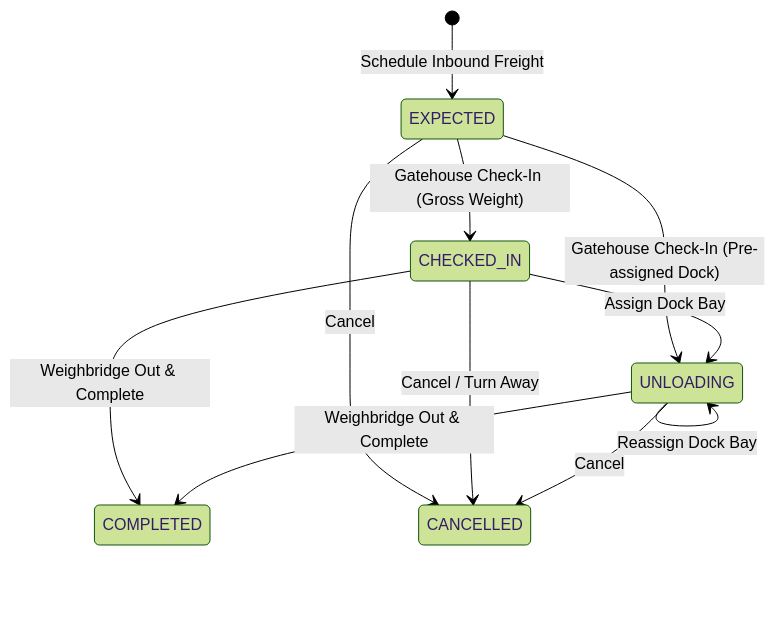
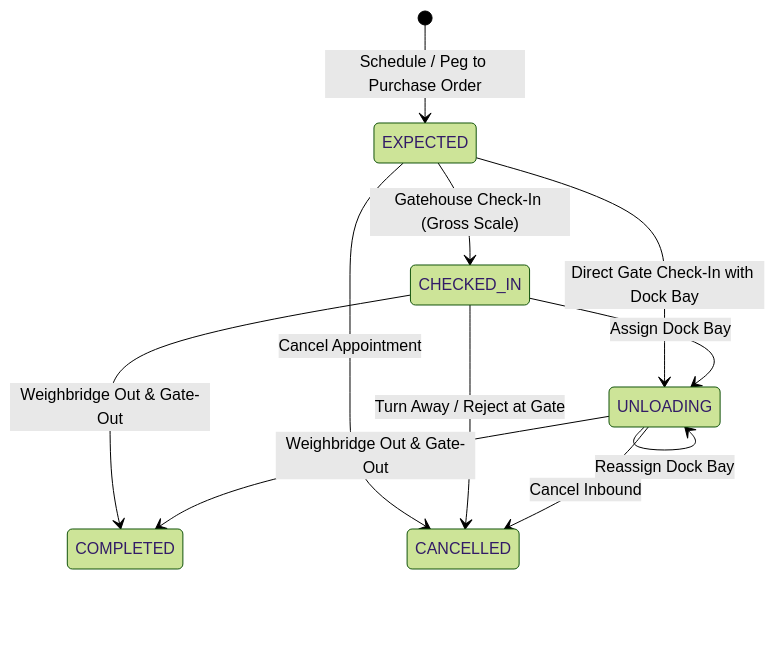
The second of 2 diagrams in user-guides/modules/logistics.md (tenarm/docs), drawn with Mermaid (forest theme) before and after one commit. The commit also changed other lines of this file and 42 other files, not shown here.

````diff
--- a/user-guides/modules/logistics.md
+++ b/user-guides/modules/logistics.md
@@ -48,13 +77,14 @@
 ```mermaid
 stateDiagram-v2
-    [*] --> EXPECTED : Schedule Inbound Freight
-    EXPECTED --> CHECKED_IN : Gatehouse Check-In (Gross Weight)
-    EXPECTED --> UNLOADING : Gatehouse Check-In (Pre-assigned Dock)
+    [*] --> EXPECTED : Schedule / Peg to Purchase Order
+    EXPECTED --> CHECKED_IN : Gatehouse Check-In (Gross Scale)
+    EXPECTED --> UNLOADING : Direct Gate Check-In with Dock Bay
     CHECKED_IN --> UNLOADING : Assign Dock Bay
     UNLOADING --> UNLOADING : Reassign Dock Bay
-    CHECKED_IN --> COMPLETED : Weighbridge Out & Complete
-    UNLOADING --> COMPLETED : Weighbridge Out & Complete
-    EXPECTED --> CANCELLED : Cancel
-    CHECKED_IN --> CANCELLED : Cancel / Turn Away
-    UNLOADING --> CANCELLED : Cancel
+    CHECKED_IN --> COMPLETED : Weighbridge Out & Gate-Out
+    UNLOADING --> COMPLETED : Weighbridge Out & Gate-Out
+    
+    EXPECTED --> CANCELLED : Cancel Appointment
+    CHECKED_IN --> CANCELLED : Turn Away / Reject at Gate
+    UNLOADING --> CANCELLED : Cancel Inbound
 ```
````
